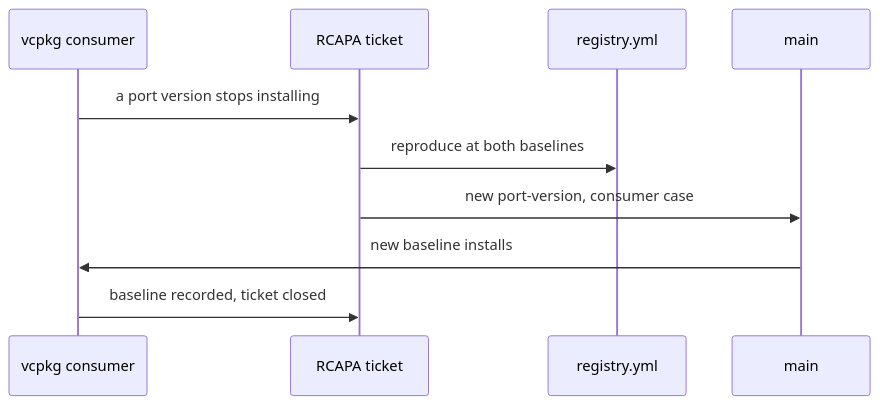
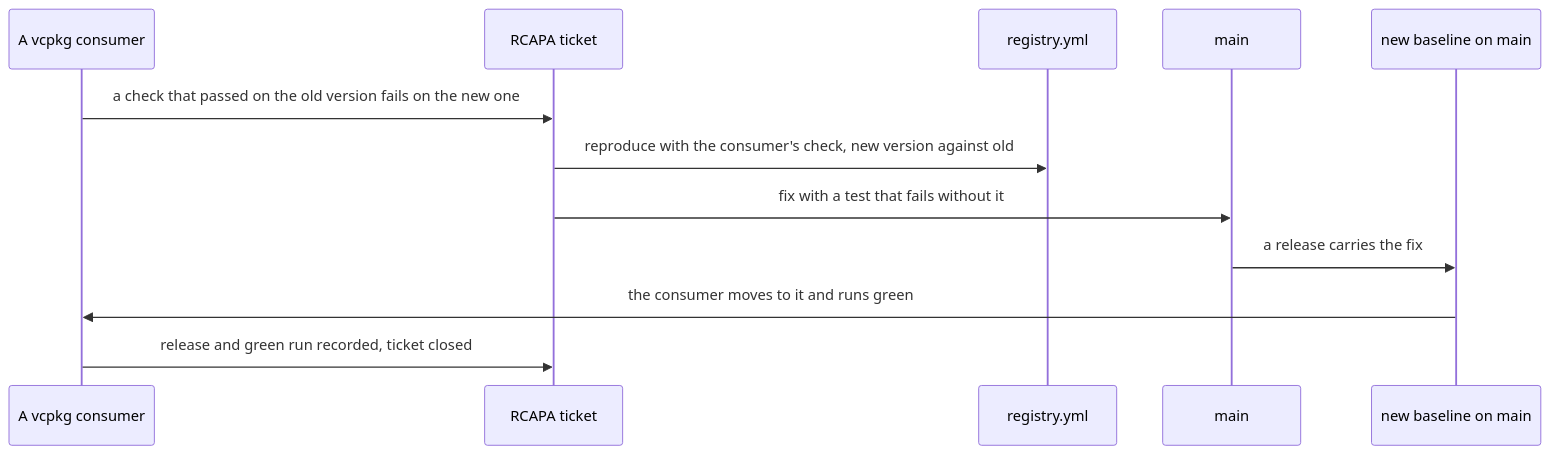
The diagram in docs/rcapa/README.md (swarm-routing/vcpkg-registry), drawn with Mermaid before and after one commit. The commit also changed other lines of this file, not shown here.

````diff
--- a/docs/rcapa/README.md
+++ b/docs/rcapa/README.md
@@ -36,12 +35,14 @@
 ```mermaid
 sequenceDiagram
-    participant C as vcpkg consumer
+    participant C as A vcpkg consumer
     participant T as RCAPA ticket
     participant G as registry.yml
     participant M as main
-    C->>T: a port version stops installing
-    T->>G: reproduce at both baselines
-    T->>M: new port-version, consumer case
-    M->>C: new baseline installs
-    C->>T: baseline recorded, ticket closed
+    participant R as new baseline on main
+    C->>T: a check that passed on the old version fails on the new one
+    T->>G: reproduce with the consumer's check, new version against old
+    T->>M: fix with a test that fails without it
+    M->>R: a release carries the fix
+    R->>C: the consumer moves to it and runs green
+    C->>T: release and green run recorded, ticket closed
 ```
````
